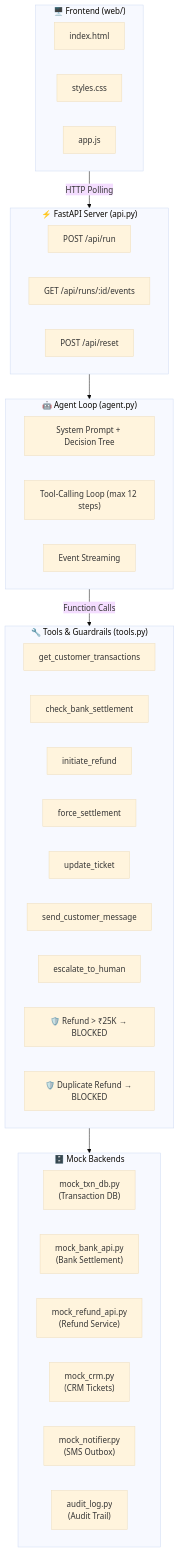
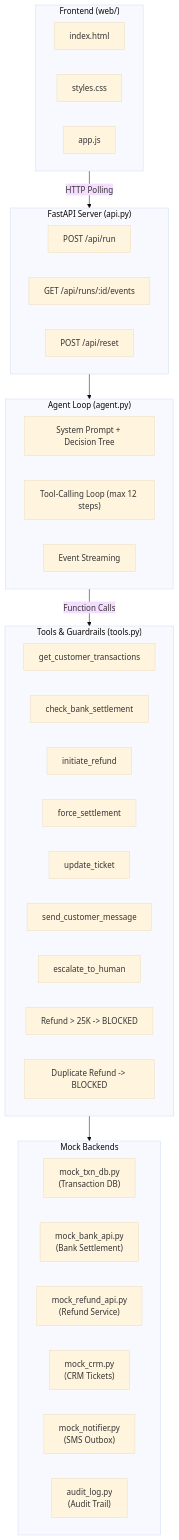
One commit to techbhuvi04/Payments changed the first of 2 diagrams in README.md. Above: the diagram before and after it, drawn with Mermaid (base theme). The commit also changed other lines of this file and 4 other files, not shown here.

````diff
--- a/README.md
+++ b/README.md
@@ -29,47 +29,47 @@
 ```mermaid
 flowchart TB
-    subgraph Frontend ["🖥️ Frontend (web/)"]
+    subgraph Frontend ["Frontend (web/)"]
         direction LR
         HTML["index.html"]
         CSS["styles.css"]
         JS["app.js"]
     end
 
-    subgraph API ["⚡ FastAPI Server (api.py)"]
+    subgraph API ["FastAPI Server (api.py)"]
         R1["POST /api/run"]
         R2["GET /api/runs/:id/events"]
         R3["POST /api/reset"]
     end
 
-    subgraph Agent ["🤖 Agent Loop (agent.py)"]
+    subgraph Agent ["Agent Loop (agent.py)"]
         SYS["System Prompt + Decision Tree"]
         LOOP["Tool-Calling Loop (max 12 steps)"]
         STREAM["Event Streaming"]
     end
 
-    subgraph Tools ["🔧 Tools & Guardrails (tools.py)"]
+    subgraph Tools ["Tools & Guardrails (tools.py)"]
         T1["get_customer_transactions"]
         T2["check_bank_settlement"]
         T3["initiate_refund"]
         T4["force_settlement"]
         T5["update_ticket"]
         T6["send_customer_message"]
         T7["escalate_to_human"]
-        G1["🛡️ Refund > ₹25K → BLOCKED"]
-        G2["🛡️ Duplicate Refund → BLOCKED"]
+        G1["Refund > 25K -> BLOCKED"]
+        G2["Duplicate Refund -> BLOCKED"]
     end
 
-    subgraph Backends ["🗄️ Mock Backends"]
+    subgraph Backends ["Mock Backends"]
         DB["mock_txn_db.py\n(Transaction DB)"]
         BANK["mock_bank_api.py\n(Bank Settlement)"]
         REFUND["mock_refund_api.py\n(Refund Service)"]
         CRM["mock_crm.py\n(CRM Tickets)"]
         SMS["mock_notifier.py\n(SMS Outbox)"]
         AUDIT["audit_log.py\n(Audit Trail)"]
     end
 
     Frontend -- "HTTP Polling" --> API
     API --> Agent
     Agent -- "Function Calls" --> Tools
     Tools --> Backends
 ```
````
